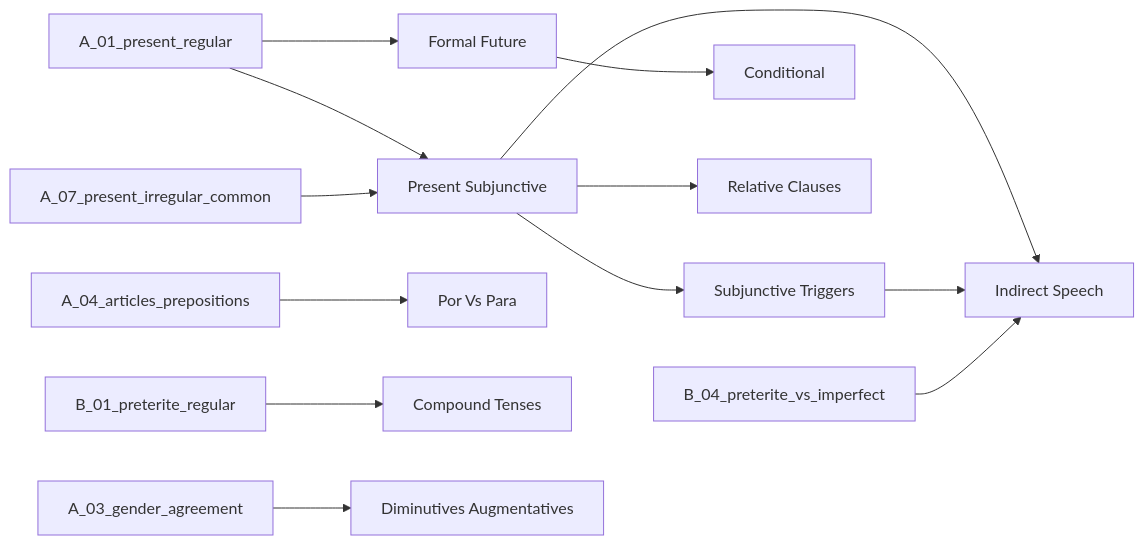
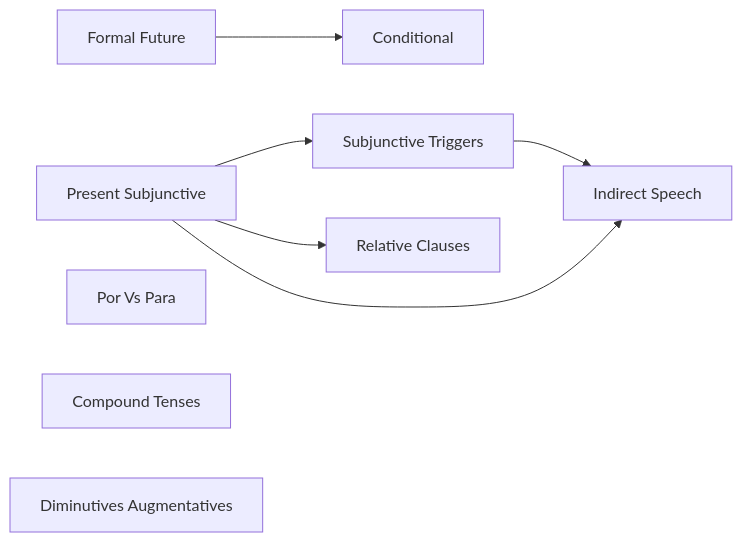
One commit to KWedey/spanish-tutor changed the third of 4 diagrams in vault/Roadmap.md. Above: the diagram before and after it, drawn with Mermaid. The commit also changed other lines of this file and 2 other files, not shown here.

Commit message:
feat: add input progress display to vault dashboard and roadmap

````diff
--- a/vault/Roadmap.md
+++ b/vault/Roadmap.md
@@ -103,24 +93,17 @@
 ```mermaid
 flowchart LR
     C_01_present_subjunctive["Present Subjunctive"]
     C_02_subjunctive_triggers["Subjunctive Triggers"]
     C_03_formal_future["Formal Future"]
     C_04_conditional["Conditional"]
     C_05_por_vs_para["Por Vs Para"]
     C_06_compound_tenses["Compound Tenses"]
     C_07_relative_clauses["Relative Clauses"]
     C_08_indirect_speech["Indirect Speech"]
     C_09_diminutives_augmentatives["Diminutives Augmentatives"]
-    A_01_present_regular --> C_01_present_subjunctive
-    A_07_present_irregular_common --> C_01_present_subjunctive
     C_01_present_subjunctive --> C_02_subjunctive_triggers
-    A_01_present_regular --> C_03_formal_future
     C_03_formal_future --> C_04_conditional
-    A_04_articles_prepositions --> C_05_por_vs_para
-    B_01_preterite_regular --> C_06_compound_tenses
     C_01_present_subjunctive --> C_07_relative_clauses
     C_01_present_subjunctive --> C_08_indirect_speech
     C_02_subjunctive_triggers --> C_08_indirect_speech
-    B_04_preterite_vs_imperfect --> C_08_indirect_speech
-    A_03_gender_agreement --> C_09_diminutives_augmentatives
 ```
````
